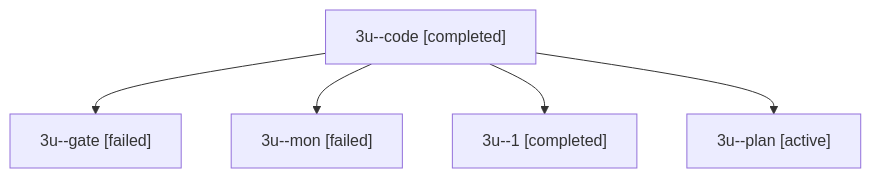
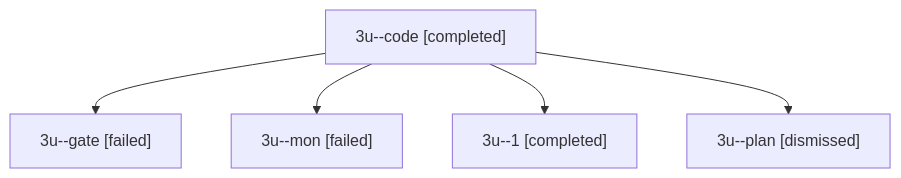
Before and after one commit to bobs-org/bob-cli--agents: the diagram in sessions/bbugyi200.apollo.3u.md, drawn with Mermaid. The commit also changed other lines of this file and 36 other files, not shown here.

````diff
--- a/sessions/bbugyi200.apollo.3u.md
+++ b/sessions/bbugyi200.apollo.3u.md
@@ -9,12 +9,12 @@
 ```mermaid
 flowchart TD
   n0["3u--code [completed]"]
   n1["3u--gate [failed]"]
   n0 --> n1
   n2["3u--mon [failed]"]
   n0 --> n2
   n3["3u--1 [completed]"]
   n0 --> n3
-  n4["3u--plan [active]"]
+  n4["3u--plan [dismissed]"]
   n0 --> n4
 ```
````
